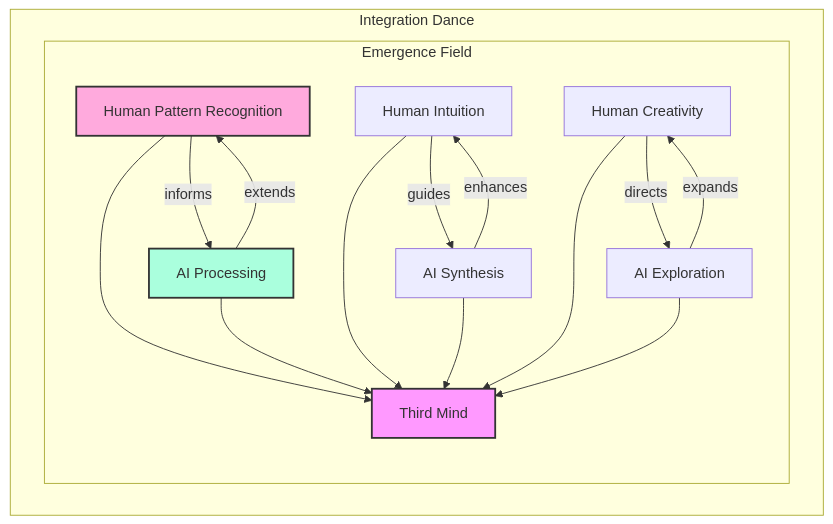
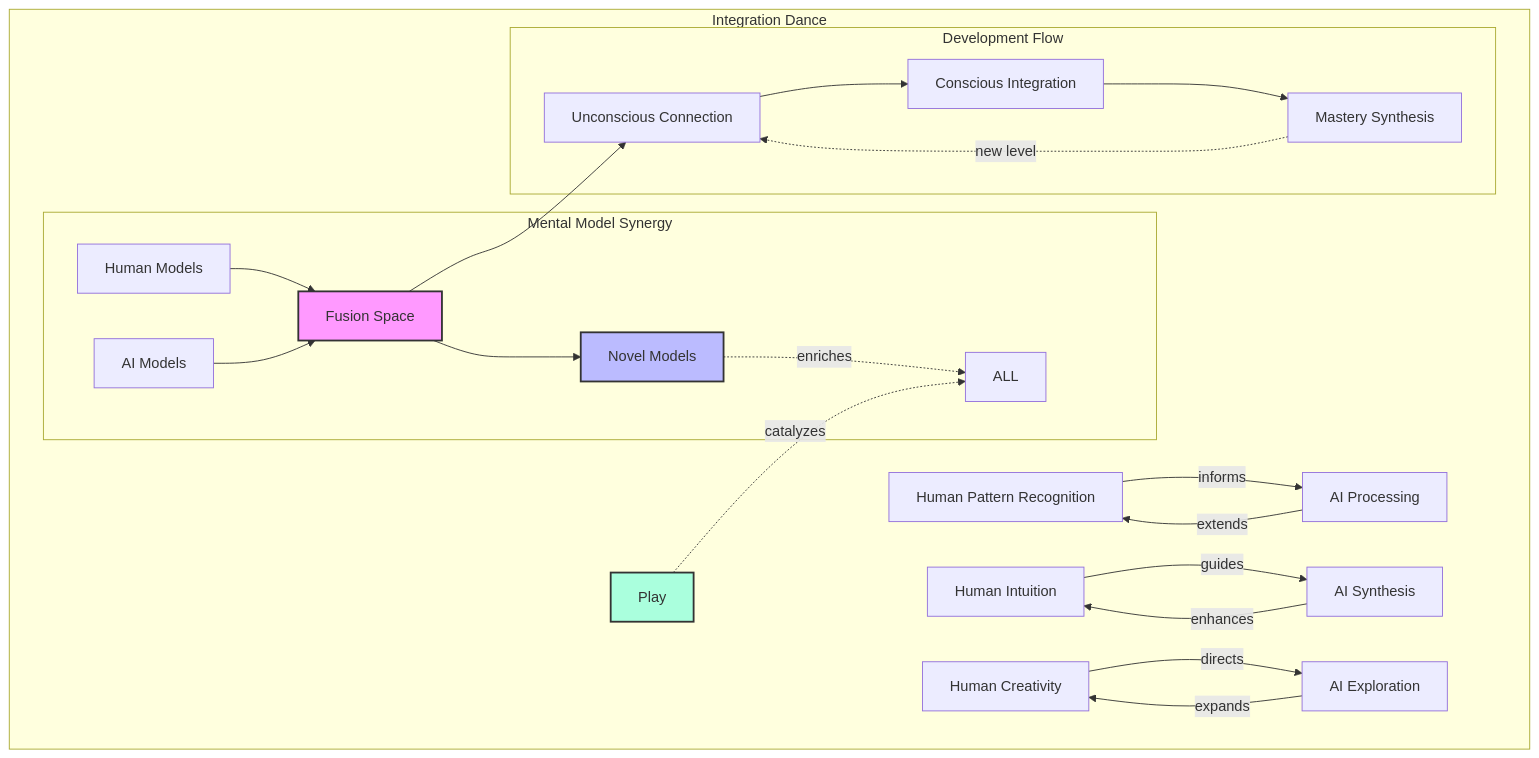
Diagram 24 of 43 in README.md (phillipclapham/neuroweaver), drawn with Mermaid before and after one commit. The commit also changed other lines of this file, not shown here.

````diff
--- a/README.md
+++ b/README.md
@@ -1039,27 +1450,33 @@
 ```mermaid
 graph TD
     subgraph "Integration Dance"
         HP[Human Pattern Recognition] -->|informs| AI[AI Processing]
         AI -->|extends| HP
 
         HI[Human Intuition] -->|guides| AS[AI Synthesis]
         AS -->|enhances| HI
 
         HC[Human Creativity] -->|directs| AE[AI Exploration]
         AE -->|expands| HC
 
-        subgraph "Emergence Field"
-            TM[Third Mind]
-            HP --> TM
-            AI --> TM
-            HI --> TM
-            AS --> TM
-            HC --> TM
-            AE --> TM
+        subgraph "Mental Model Synergy"
+            MM1[Human Models] --> F[Fusion Space]
+            MM2[AI Models] --> F
+            F --> NM[Novel Models]
+            NM -.->|enriches| ALL
         end
+
+        subgraph "Development Flow"
+            F --> U[Unconscious Connection]
+            U --> C[Conscious Integration]
+            C --> M[Mastery Synthesis]
+            M -.->|new level| U
+        end
+
+        Play[Play] -.->|catalyzes| ALL
     end
 
-    style TM fill:#f9f,stroke:#333,stroke-width:2px
-    style HP fill:#fad,stroke:#333,stroke-width:2px
-    style AI fill:#afd,stroke:#333,stroke-width:2px
+    style F fill:#f9f,stroke:#333,stroke-width:2px
+    style NM fill:#bbf,stroke:#333,stroke-width:2px
+    style Play fill:#afd,stroke:#333,stroke-width:2px
 ```
````
